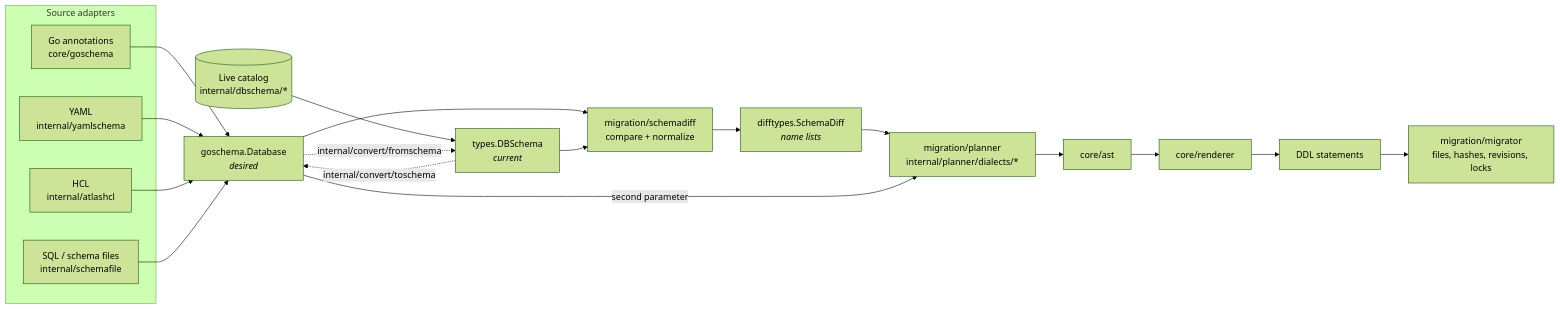
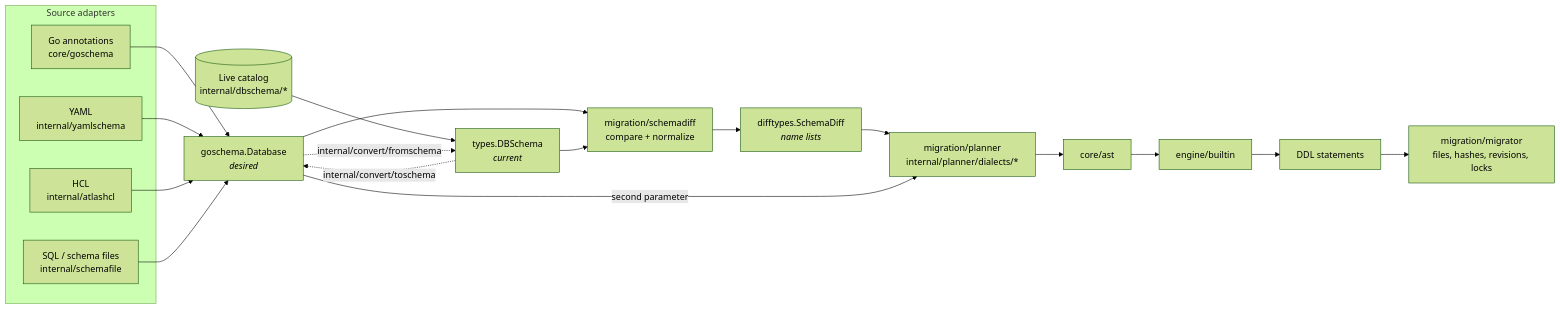
Before and after one commit to stokaro/ptah: the first of 4 diagrams in docs/adr/0001-canonical-schema-state-and-pipeline-boundaries.md, drawn with Mermaid (forest theme). The commit also changed other lines of this file and 1909 other files, not shown here.

First line of the commit message:
refactor: select schema providers and extract YDB changefeeds (#4215)

````diff
--- a/docs/adr/0001-canonical-schema-state-and-pipeline-boundaries.md
+++ b/docs/adr/0001-canonical-schema-state-and-pipeline-boundaries.md
@@ -153,29 +153,29 @@
 ```mermaid
 flowchart LR
   subgraph sources["Source adapters"]
     GO["Go annotations<br/>core/goschema"]
     YAML["YAML<br/>internal/yamlschema"]
     HCL["HCL<br/>internal/atlashcl"]
     SQLF["SQL / schema files<br/>internal/schemafile"]
   end
   DB[("Live catalog<br/>internal/dbschema/*")]
 
   GO --> DESIRED["goschema.Database<br/><i>desired</i>"]
   YAML --> DESIRED
   HCL --> DESIRED
   SQLF --> DESIRED
   DB --> CURRENT["types.DBSchema<br/><i>current</i>"]
 
   CURRENT -. "internal/convert/toschema" .-> DESIRED
   DESIRED -. "internal/convert/fromschema" .-> CURRENT
 
   DESIRED --> CMP["migration/schemadiff<br/>compare + normalize"]
   CURRENT --> CMP
   CMP --> DIFF["difftypes.SchemaDiff<br/><i>name lists</i>"]
   DIFF --> PLAN["migration/planner<br/>internal/planner/dialects/*"]
   DESIRED -- "second parameter" --> PLAN
   PLAN --> AST["core/ast"]
-  AST --> REN["core/renderer"]
+  AST --> REN["engine/builtin"]
   REN --> SQL["DDL statements"]
   SQL --> EXEC["migration/migrator<br/>files, hashes, revisions, locks"]
 ```
````
